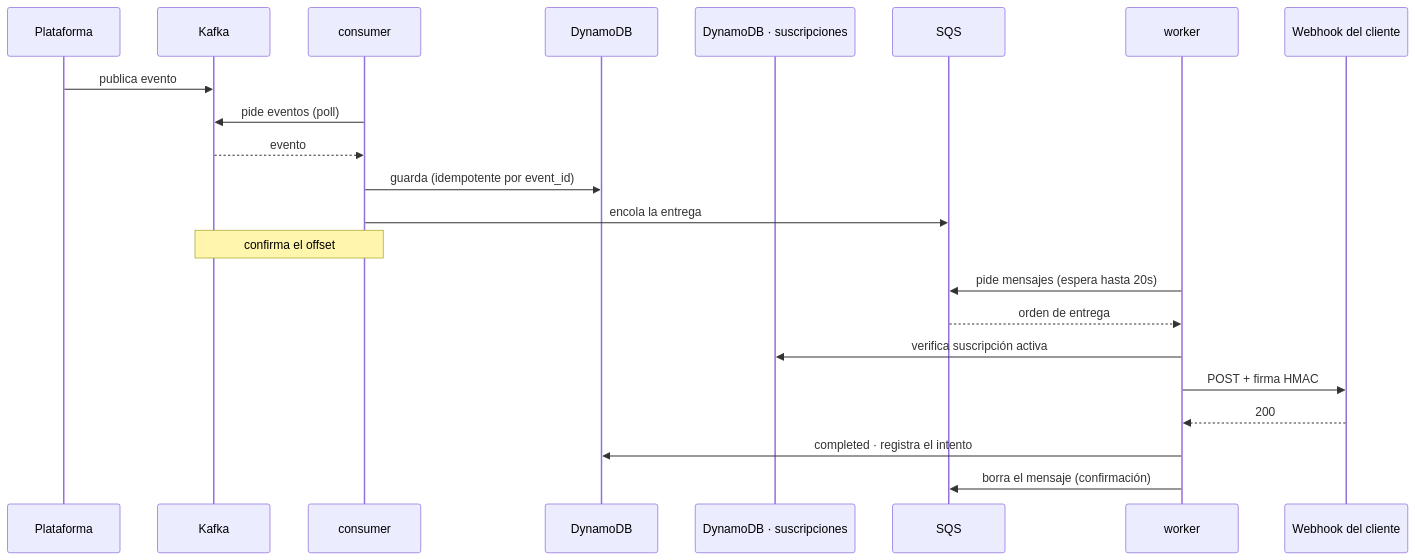
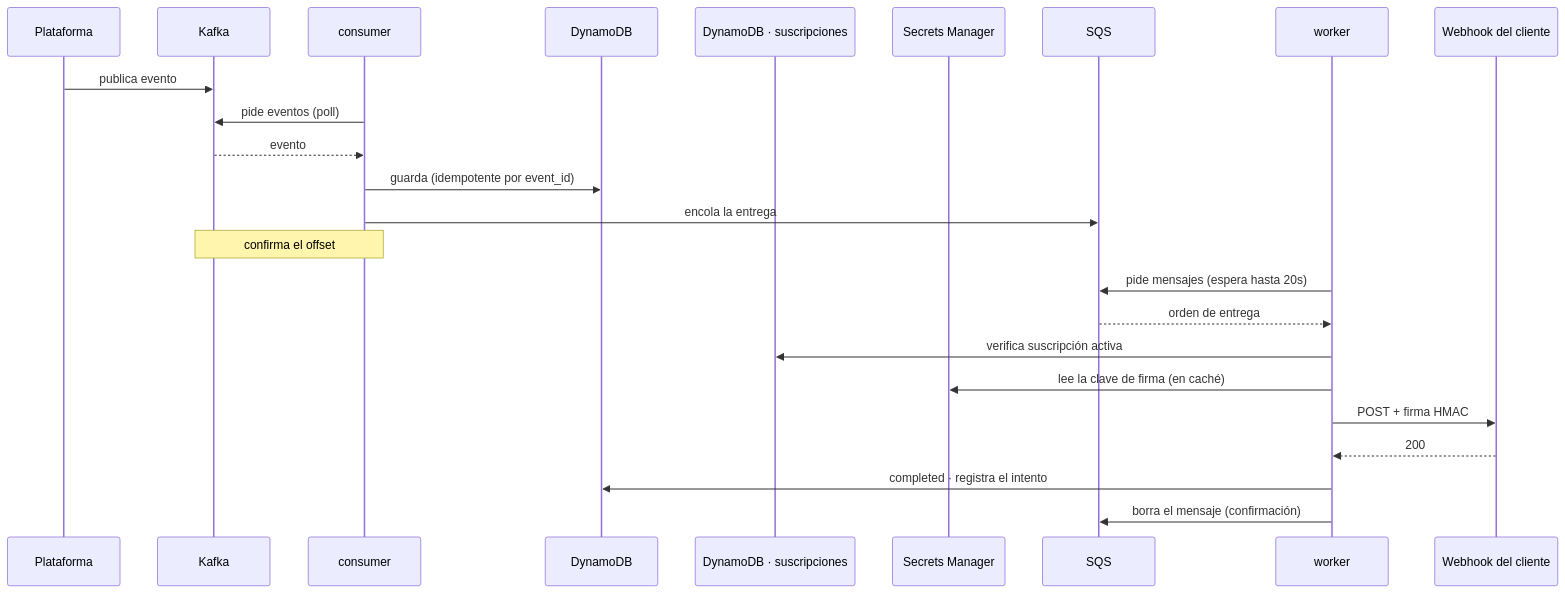
Before and after one commit to ssalaza7/cobre-notification-delivery: the first of 4 diagrams in README.md, drawn with Mermaid. The commit also changed other lines of this file and 4 other files, not shown here.

````diff
--- a/README.md
+++ b/README.md
@@ -63,25 +75,27 @@
 ```mermaid
 sequenceDiagram
     participant P as Plataforma
     participant K as Kafka
     participant CON as consumer
     participant DB as DynamoDB
     participant PG as DynamoDB · suscripciones
+    participant SM as Secrets Manager
     participant Q as SQS
     participant W as worker
     participant C as Webhook del cliente
 
     P->>K: publica evento
     CON->>K: pide eventos (poll)
     K-->>CON: evento
     CON->>DB: guarda (idempotente por event_id)
     CON->>Q: encola la entrega
     Note over CON,K: confirma el offset
     W->>Q: pide mensajes (espera hasta 20s)
     Q-->>W: orden de entrega
     W->>PG: verifica suscripción activa
+    W->>SM: lee la clave de firma (en caché)
     W->>C: POST + firma HMAC
     C-->>W: 200
     W->>DB: completed · registra el intento
     W->>Q: borra el mensaje (confirmación)
 ```
````
